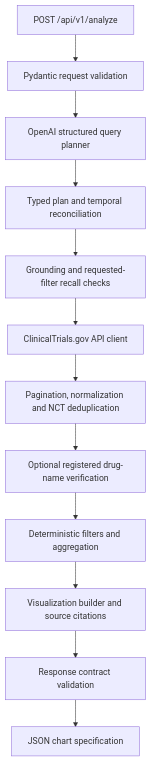
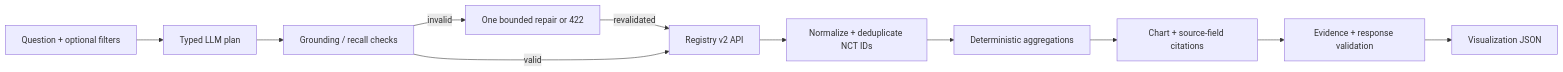
The diagram in README.md (rafigmammadov/clinical-trials-ai-agent), drawn with Mermaid before and after one commit. The commit also changed other lines of this file and 16 other files, not shown here.

````diff
--- a/README.md
+++ b/README.md
@@ -9,14 +24,13 @@
 ```mermaid
-flowchart TD
-    A[POST /api/v1/analyze] --> B[Pydantic request validation]
-    B --> C[OpenAI structured query planner]
-    C --> D[Typed plan and temporal reconciliation]
-    D --> Q[Grounding and requested-filter recall checks]
-    Q --> E[ClinicalTrials.gov API client]
-    E --> F[Pagination, normalization and NCT deduplication]
-    F --> G[Optional registered drug-name verification]
-    G --> K[Deterministic filters and aggregation]
-    K --> H[Visualization builder and source citations]
-    H --> I[Response contract validation]
-    I --> J[JSON chart specification]
+flowchart LR
+    A[Question + optional filters] --> B[Typed LLM plan]
+    B --> C[Grounding / recall checks]
+    C -->|invalid| X[One bounded repair or 422]
+    X -->|revalidated| D[Registry v2 API]
+    C -->|valid| D
+    D --> E[Normalize + deduplicate NCT IDs]
+    E --> F[Deterministic aggregations]
+    F --> G[Chart + source-field citations]
+    G --> H[Evidence + response validation]
+    H --> I[Visualization JSON]
 ```
````
